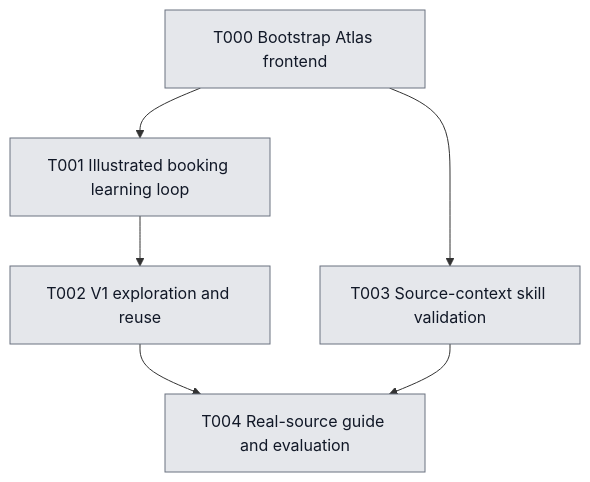
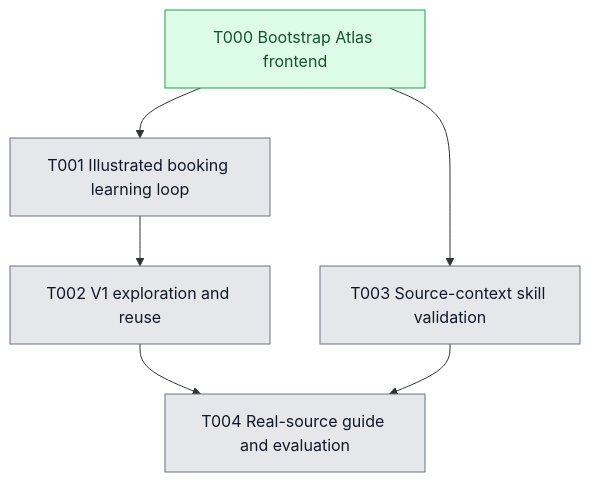
The diagram in planning/roadmap/dependencies.mmd (0-sayed/atlas), drawn with Mermaid before and after one commit. The commit also changed 22 other files, not shown here.

```diff
--- a/planning/roadmap/dependencies.mmd
+++ b/planning/roadmap/dependencies.mmd
@@ -1,17 +1,18 @@
 flowchart TD
   T000["T000 Bootstrap Atlas frontend"]
   T001["T001 Illustrated booking learning loop"]
   T002["T002 V1 exploration and reuse"]
   T003["T003 Source-context skill validation"]
   T004["T004 Real-source guide and evaluation"]
 
   T000 --> T001
   T000 --> T003
   T001 --> T002
   T002 --> T004
   T003 --> T004
 
   %% Match each node's class to the Done column in tasks.md.
   classDef pending fill:#E5E7EB,stroke:#6B7280,color:#111827
   classDef done fill:#DCFCE7,stroke:#16A34A,color:#14532D
-  class T000,T001,T002,T003,T004 pending
+  class T000 done
+  class T001,T002,T003,T004 pending
```
